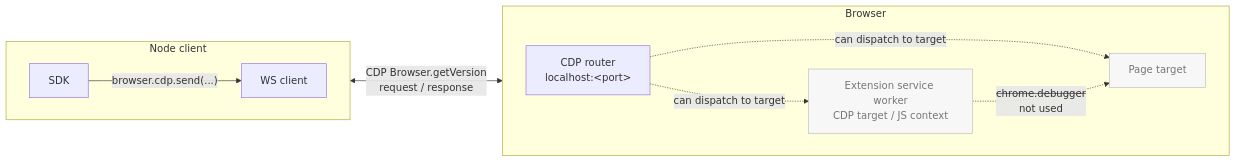
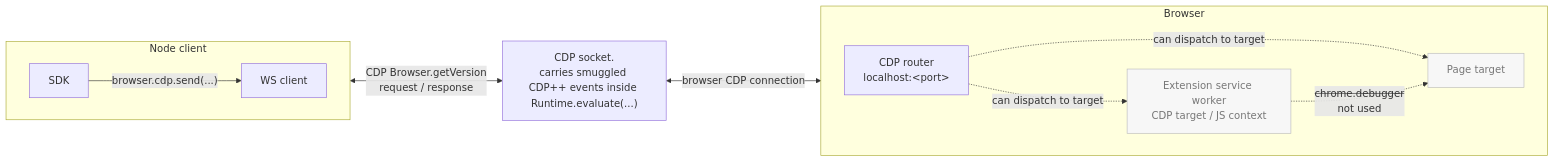
One commit to pirate/chrome-cdp-extension-bridge changed the first of 4 diagrams in README.md. Above: the diagram before and after it, drawn with Mermaid. The commit also changed other lines of this file, not shown here.

Commit message:
Align CDP socket flow diagrams

````diff
--- a/README.md
+++ b/README.md
@@ -43,24 +43,27 @@
 ```mermaid
 flowchart LR
   subgraph Node["Node client"]
     direction LR
     SDK["SDK"]
     WS["WS client"]
     SDK -->|"browser.cdp.send(...)"| WS
   end
 
   subgraph Browser["Browser"]
     direction LR
     CDP["CDP router<br/>localhost:&lt;port&gt;"]
     SW["Extension service worker<br/>CDP target / JS context"]
     Page["Page target"]
     CDP -. "can dispatch to target" .-> SW
     CDP -. "can dispatch to target" .-> Page
     SW -. "<s>chrome.debugger</s><br/>not used" .-> Page
   end
 
-  WS <-->|"CDP Browser.getVersion<br/>request / response"| CDP
+  Socket["CDP socket.<br/>carries smuggled CDP++ events inside Runtime.evaluate(...)"]
+
+  WS <-->|"CDP Browser.getVersion<br/>request / response"| Socket
+  Socket <-->|"browser CDP connection"| CDP
 
   classDef idle fill:#f7f7f7,stroke:#bbb,color:#777;
   class SW,Page idle;
 ```
````
